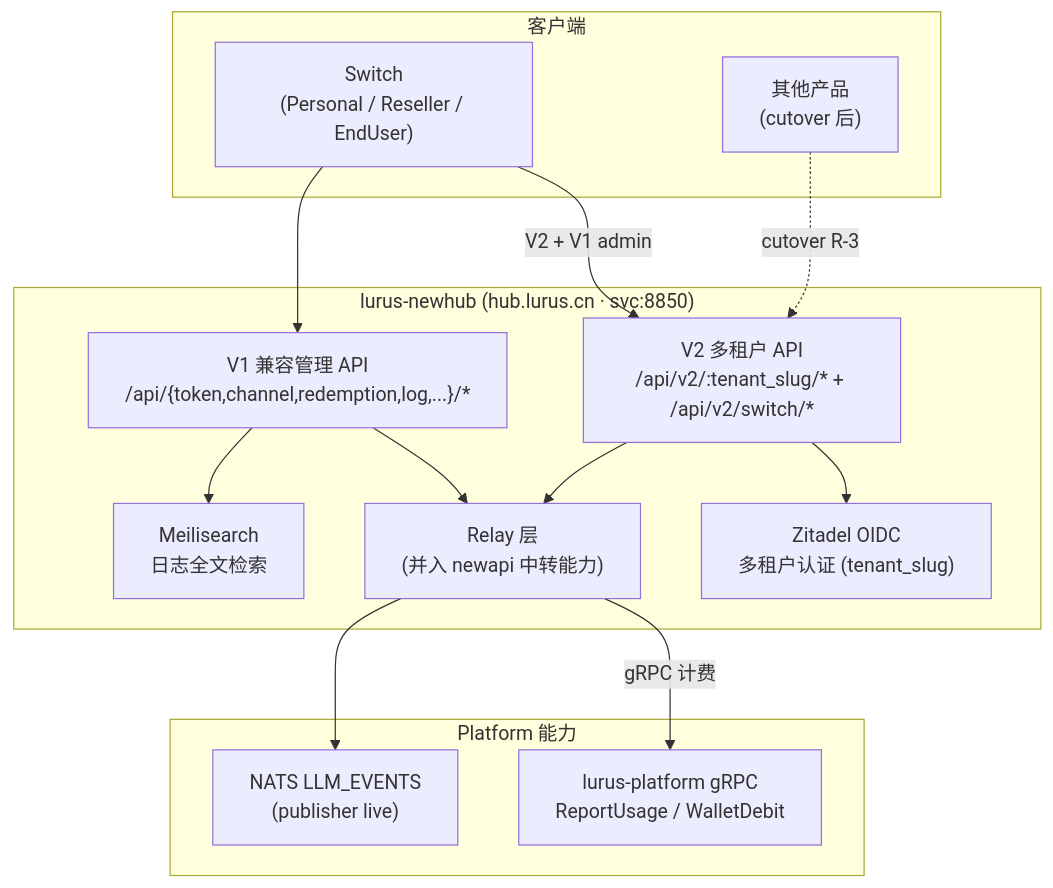
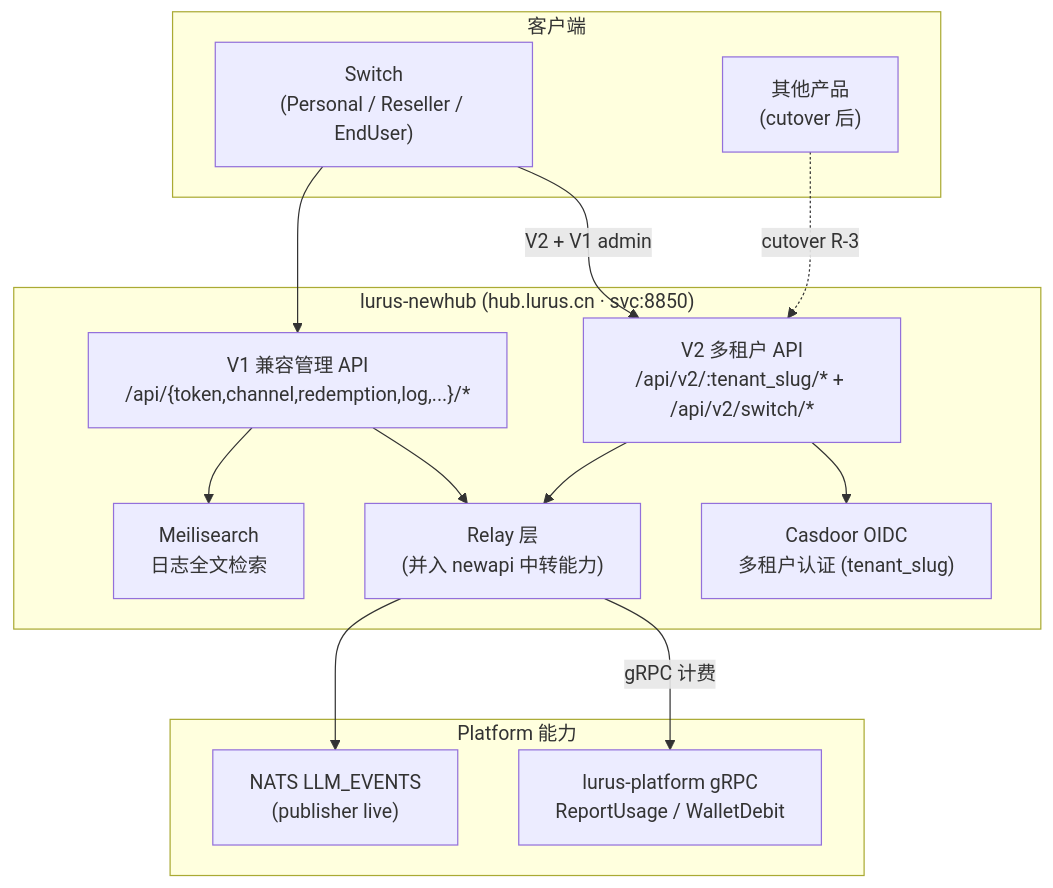
Before and after one commit to hanmahong5-arch/lurus-docs: the diagram in internal/products/newhub.md, drawn with Mermaid. The commit also changed other lines of this file and 30 other files, not shown here.

Commit message:
docs(internal): IdP 术语同步 Zitadel → Casdoor(vendor-neutral OIDC 迁移文档面)

````diff
--- a/internal/products/newhub.md
+++ b/internal/products/newhub.md
@@ -50,30 +50,30 @@
 ```mermaid
 flowchart TB
   subgraph clients["客户端"]
     SW["Switch\n(Personal / Reseller / EndUser)"]
     OTHER["其他产品\n(cutover 后)"]
   end
 
   subgraph hub["lurus-newhub (hub.lurus.cn · svc:8850)"]
-    AUTH["Zitadel OIDC\n多租户认证 (tenant_slug)"]
+    AUTH["Casdoor OIDC\n多租户认证 (tenant_slug)"]
     V2["V2 多租户 API\n/api/v2/:tenant_slug/* + /api/v2/switch/*"]
     V1["V1 兼容管理 API\n/api/{token,channel,redemption,log,...}/*"]
     RELAY["Relay 层\n(并入 newapi 中转能力)"]
     SEARCH["Meilisearch\n日志全文检索"]
   end
 
   subgraph platform["Platform 能力"]
     GRPC["lurus-platform gRPC\nReportUsage / WalletDebit"]
     NATS["NATS LLM_EVENTS\n(publisher live)"]
   end
 
   SW -->|V2 + V1 admin| V2
   SW --> V1
   OTHER -.->|cutover R-3| V2
   V2 --> AUTH
   V2 --> RELAY
   V1 --> RELAY
   RELAY -->|gRPC 计费| GRPC
   RELAY --> NATS
   V1 --> SEARCH
 ```
````
